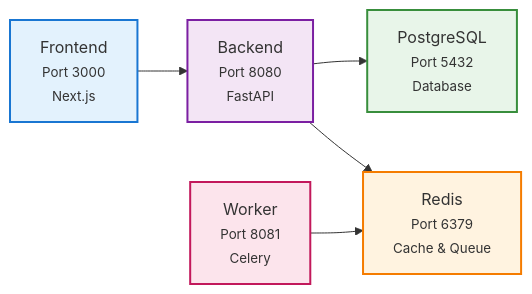
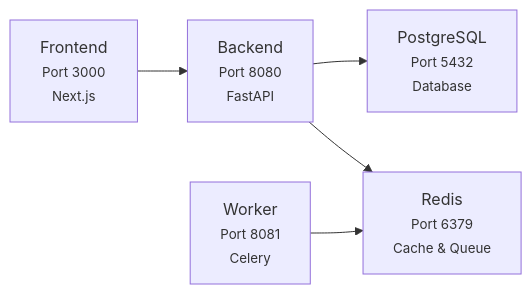
Before and after one commit to rhesis-ai/rhesis: the diagram in docs/content/getting-started/self-hosting.mdx, drawn with Mermaid. The commit also changed other lines of this file and 39 other files, not shown here.

````diff
--- a/docs/content/getting-started/self-hosting.mdx
+++ b/docs/content/getting-started/self-hosting.mdx
@@ -482,19 +159,13 @@
 ```mermaid
 graph LR
     Frontend["Frontend<br/><small>Port 3000<br/>Next.js</small>"]
     Backend["Backend<br/><small>Port 8080<br/>FastAPI</small>"]
     PostgreSQL["PostgreSQL<br/><small>Port 5432<br/>Database</small>"]
     Redis["Redis<br/><small>Port 6379<br/>Cache & Queue</small>"]
     Worker["Worker<br/><small>Port 8081<br/>Celery</small>"]
     
     Frontend --> Backend
     Backend --> PostgreSQL
     Backend --> Redis
     Worker --> Redis
-    
-    style Frontend fill:#e3f2fd,stroke:#1976d2,stroke-width:2px
-    style Backend fill:#f3e5f5,stroke:#7b1fa2,stroke-width:2px
-    style PostgreSQL fill:#e8f5e9,stroke:#388e3c,stroke-width:2px
-    style Redis fill:#fff3e0,stroke:#f57c00,stroke-width:2px
-    style Worker fill:#fce4ec,stroke:#c2185b,stroke-width:2px
 ```
````
